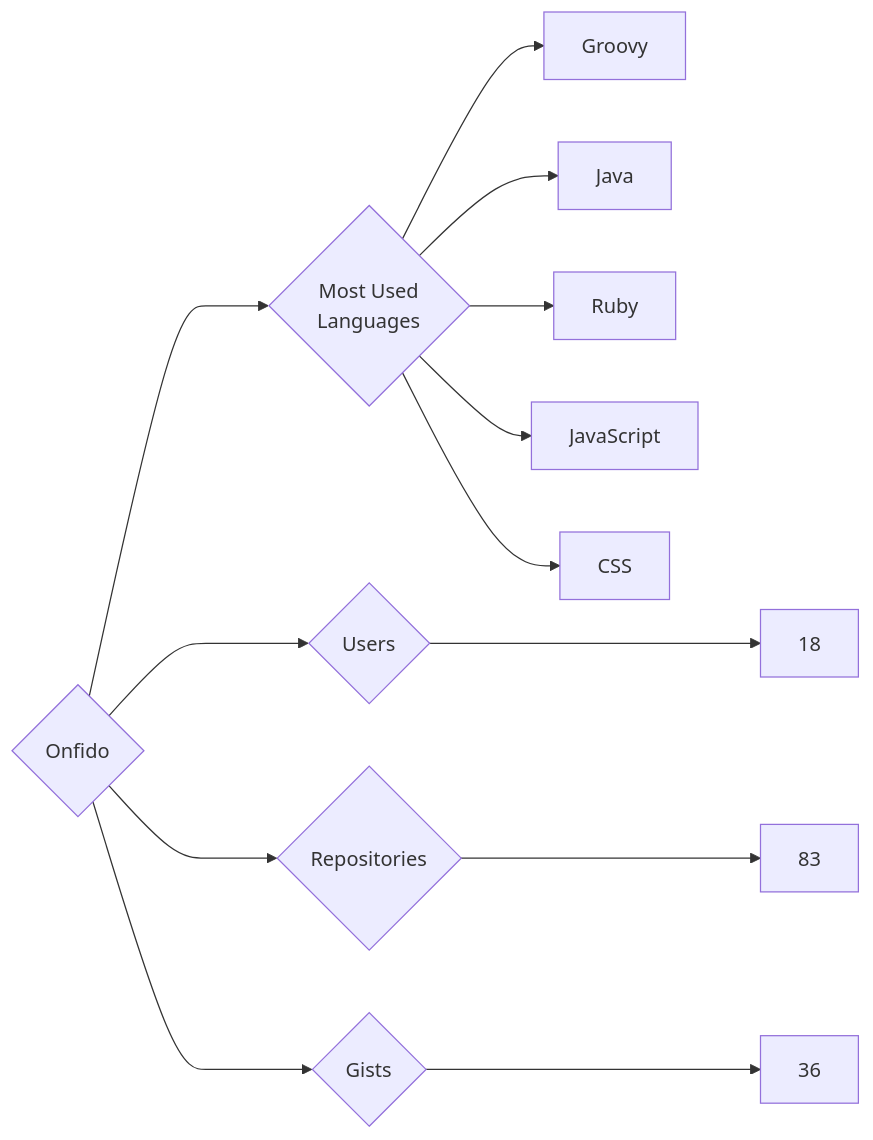
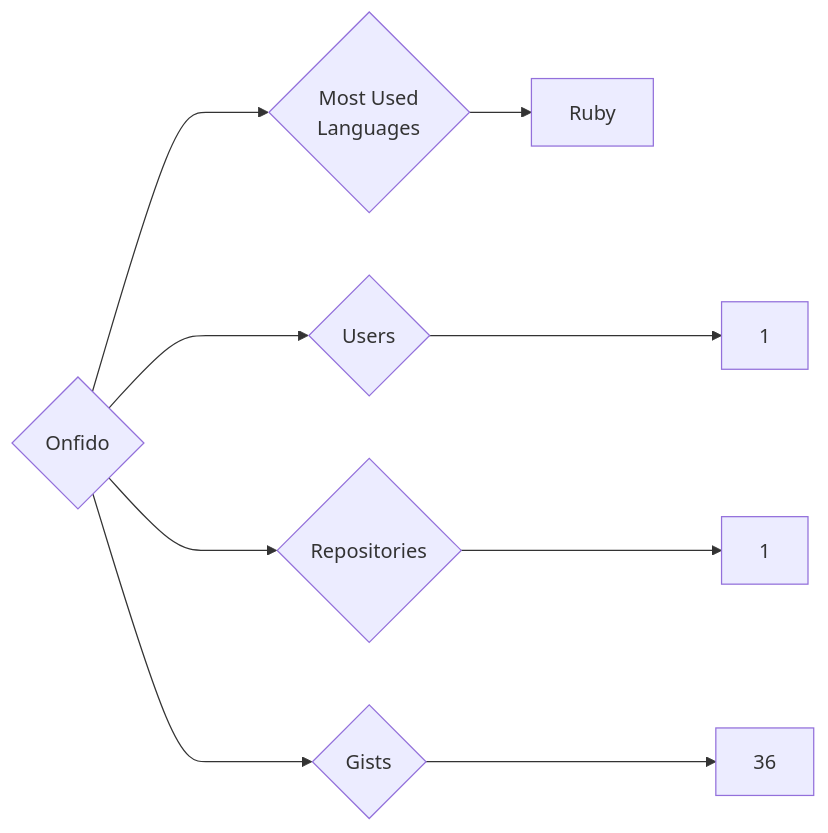
One commit to trickest/insiders changed the diagram in targets/Onfido/README.md. Above: the diagram before and after it, drawn with Mermaid. The commit also changed 955 other files, not shown here.

````diff
--- a/targets/Onfido/README.md
+++ b/targets/Onfido/README.md
@@ -3,13 +3,9 @@
 ```mermaid
 graph LR
 COMPANY_NAME{Onfido}
-COMPANY_NAME ---> U{Users} ---> UN[18]
-COMPANY_NAME ---> R{Repositories} ---> RN[83]
+COMPANY_NAME ---> U{Users} ---> UN[1]
+COMPANY_NAME ---> R{Repositories} ---> RN[1]
 COMPANY_NAME ---> G{Gists} ---> GN[36]
 COMPANY_NAME ---> ML{Most Used<br>Languages}
-ML --> Groovy[Groovy]
-ML --> Java[Java]
 ML --> Ruby[Ruby]
-ML --> JavaScript[JavaScript]
-ML --> CSS[CSS]
 ```
````
